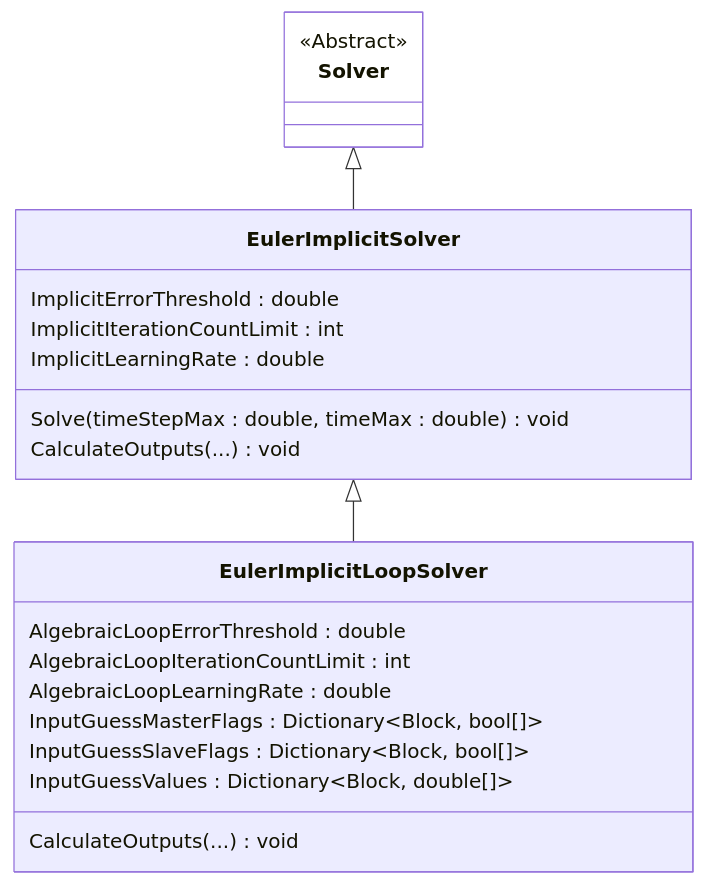
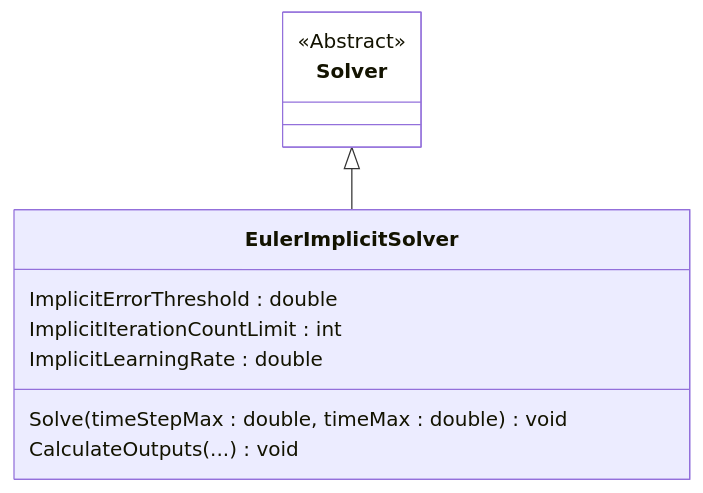
The diagram in Quellen/WS25/SFunctionHybrid/Solver.Implicit.mmd (ghackenberg/kurs-computer-simulation), drawn with Mermaid before and after one commit. The commit also changed 21 other files, not shown here.

```diff
--- a/Quellen/WS25/SFunctionHybrid/Solver.Implicit.mmd
+++ b/Quellen/WS25/SFunctionHybrid/Solver.Implicit.mmd
@@ -1,34 +1,21 @@
 classDiagram
 
     direction TB
 
     class Solver {
         <<Abstract>>
     }
 
     class EulerImplicitSolver {
         ImplicitErrorThreshold : double
         ImplicitIterationCountLimit : int
         ImplicitLearningRate : double
 
         Solve(timeStepMax : double, timeMax : double) void
 
         CalculateOutputs(...) void
     }
 
-    class EulerImplicitLoopSolver {
-        AlgebraicLoopErrorThreshold : double
-        AlgebraicLoopIterationCountLimit : int
-        AlgebraicLoopLearningRate : double
-
-        InputGuessMasterFlags : Dictionary~Block, bool[]~
-        InputGuessSlaveFlags : Dictionary~Block, bool[]~
-        InputGuessValues : Dictionary~Block, double[]~
-
-        CalculateOutputs(...) void
-    }
-
     Solver <|-- EulerImplicitSolver
-    EulerImplicitSolver <|-- EulerImplicitLoopSolver
 
     style Solver fill:white
```
